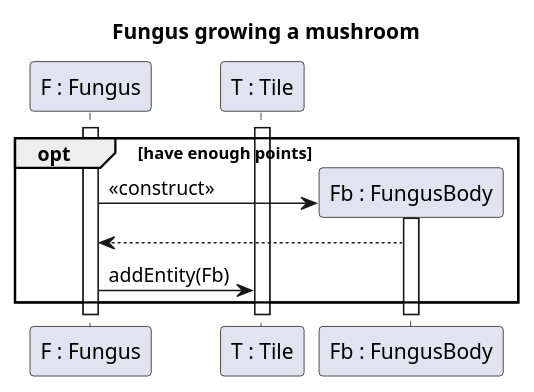
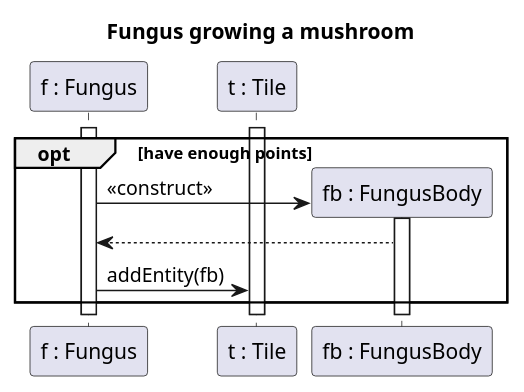
Before and after one commit to Klastiv/Projlab_nullpointerexception: the diagram in diagrams/diagramFiles/SQ_FungusMushroom.puml, drawn with PlantUML. The commit also changed 17 other files, not shown here.

Commit message:
SQ diagrams all small letterts and made fine

```diff
--- a/diagrams/diagramFiles/SQ_FungusMushroom.puml
+++ b/diagrams/diagramFiles/SQ_FungusMushroom.puml
@@ -1,22 +1,22 @@
 @startuml Fungus mushroom
 
 title Fungus growing a mushroom
 
-participant "F : Fungus" as F
-participant "T : Tile" as T
-participant "Fb : FungusBody" as Fb
+participant "f : Fungus" as F
+participant "t : Tile" as T
+participant "fb : FungusBody" as Fb
 
 activate F
 activate T
 
 opt have enough points
 F -> Fb ** : <<construct>>
 activate Fb
 Fb --> F
-F -> T : addEntity(Fb)
+F -> T : addEntity(fb)
 
 
 end
 
 
 @enduml
```
